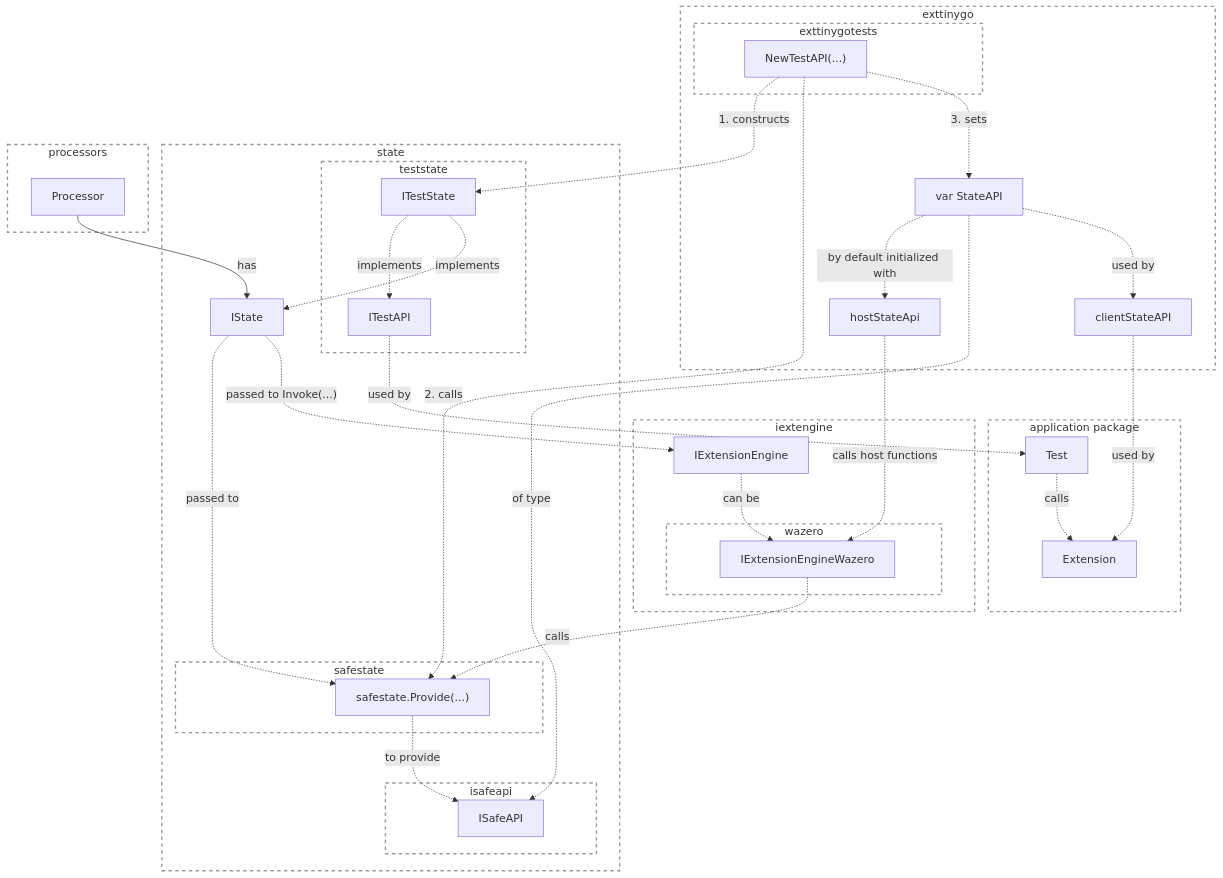
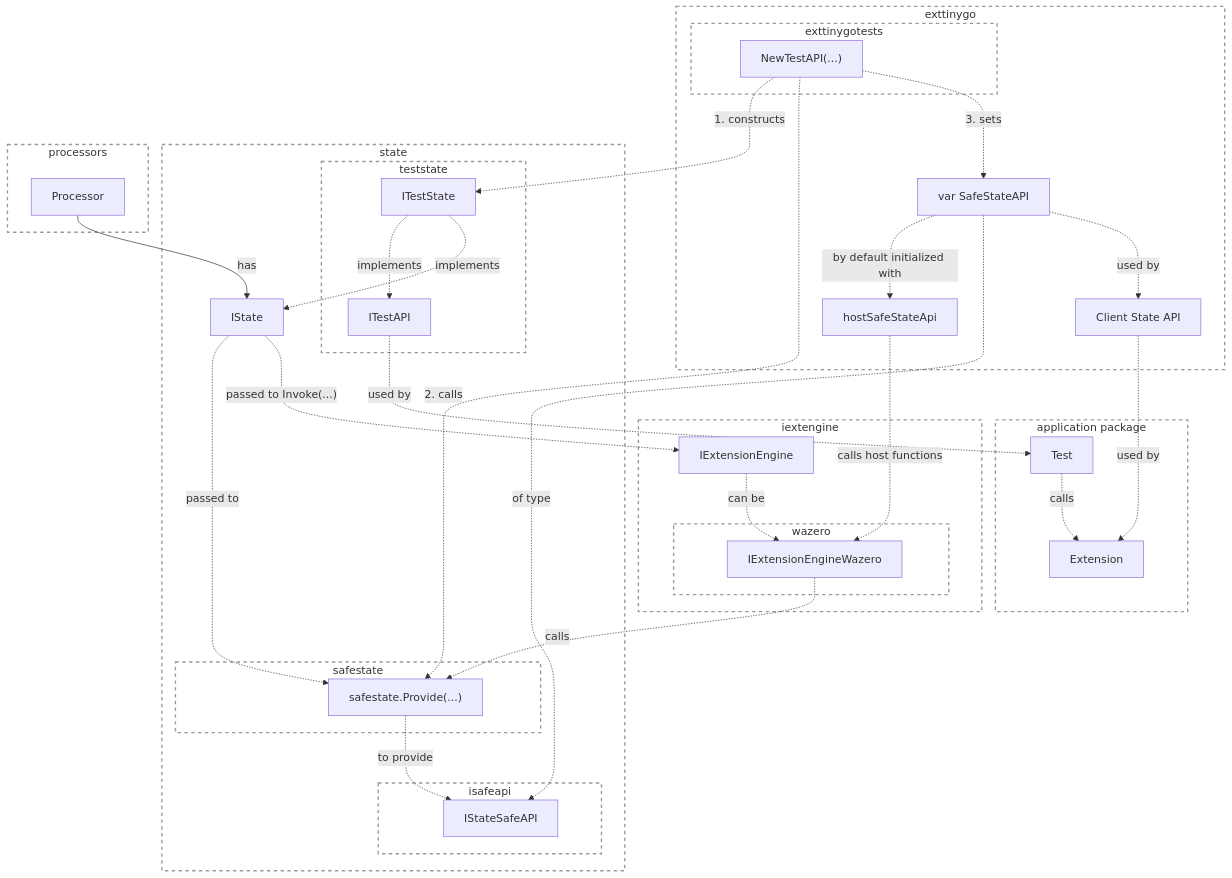
One commit to voedger/voedger changed the diagram in pkg/state/README.md. Above: the diagram before and after it, drawn with Mermaid. The commit also changed other lines of this file and 13 other files, not shown here.

````diff
--- a/pkg/state/README.md
+++ b/pkg/state/README.md
@@ -8,76 +9,75 @@
 ```mermaid
 flowchart TD
     exttinygo:::G
     exttinygotests:::G
     state:::G
     isafeapi:::G
     safestate:::G
     teststate:::G
     iextengine:::G
     application:::G
     wazero:::G
     processors:::G
     subgraph exttinygo
-        internal.State["var StateAPI"]
-        hostAPI["hostStateApi"]
-        clientStateAPI["clientStateAPI"]
+        internal.State["var SafeStateAPI"]
+        hostAPI["hostSafeStateApi"]
+        clientStateAPI["Client State API"]
         subgraph exttinygotests
             NewTestAPI["NewTestAPI(...)"]
         end
     end
     subgraph state
         IState
         subgraph isafeapi
-            ISafeAPI["ISafeAPI"]
+            IStateSafeAPI["IStateSafeAPI"]
         end
         subgraph teststate
             ITestState["ITestState"]
             ITestAPI["ITestAPI"]
         end
         subgraph safestate
             safestate.Provide["safestate.Provide(...)"]
         end
     end
     subgraph application["application package"]
         Test
         Extension   
     end
     subgraph iextengine
         subgraph wazero
             IExtensionEngineWazero["IExtensionEngineWazero"]
         end
 
         IExtensionEngine["IExtensionEngine"]
     end
     subgraph processors
         Processor
     end
     
     internal.State -.-> |by default initialized with| hostAPI
-    internal.State -.-> |of type| ISafeAPI
+    internal.State -.-> |of type| IStateSafeAPI
     internal.State -.-> |used by| clientStateAPI
 
     NewTestAPI -.-> |1. constructs| ITestState
     NewTestAPI -.-> |2. calls| safestate.Provide
     NewTestAPI -.-> |3. sets| internal.State
     ITestState -.-> |implements| ITestAPI
     ITestState -.-> |implements| IState
     
     ITestAPI -.-> |used by| Test
-    safestate.Provide -.-> |to provide| ISafeAPI
+    safestate.Provide -.-> |to provide| IStateSafeAPI
 
     hostAPI -.-> |calls host functions| IExtensionEngineWazero
     IExtensionEngine -.-> |can be| IExtensionEngineWazero
 
     Processor --> |has| IState
     IState -.-> |passed to| safestate.Provide
     IState -.-> |"passed to Invoke(...)"| IExtensionEngine
 %%    safestate.Provide -.-> |called by| IExtensionEngineWazero
-IExtensionEngineWazero -.-> |calls| safestate.Provide
-
+    IExtensionEngineWazero -.-> |calls| safestate.Provide
     Test -.-> |calls| Extension
     clientStateAPI -.-> |used by|Extension
 
 classDef G fill:#ffffff15, stroke:#999, stroke-width:2px, stroke-dasharray: 5 5
 
 ```
````
